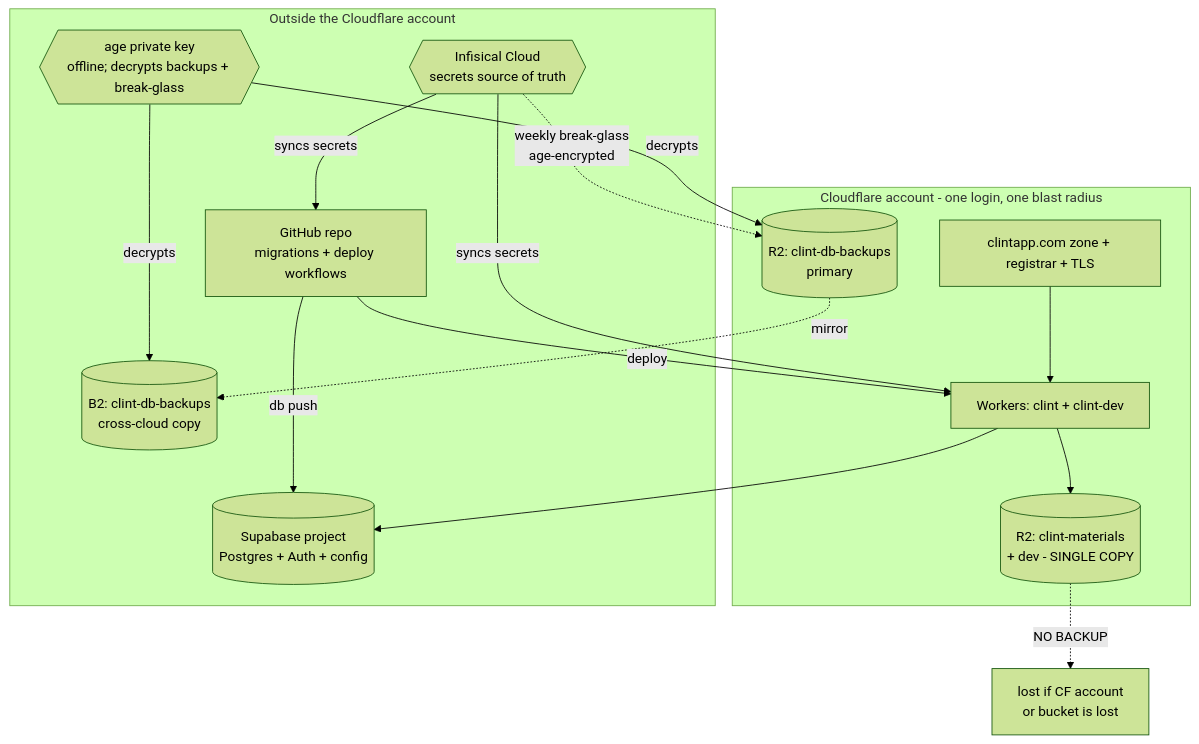
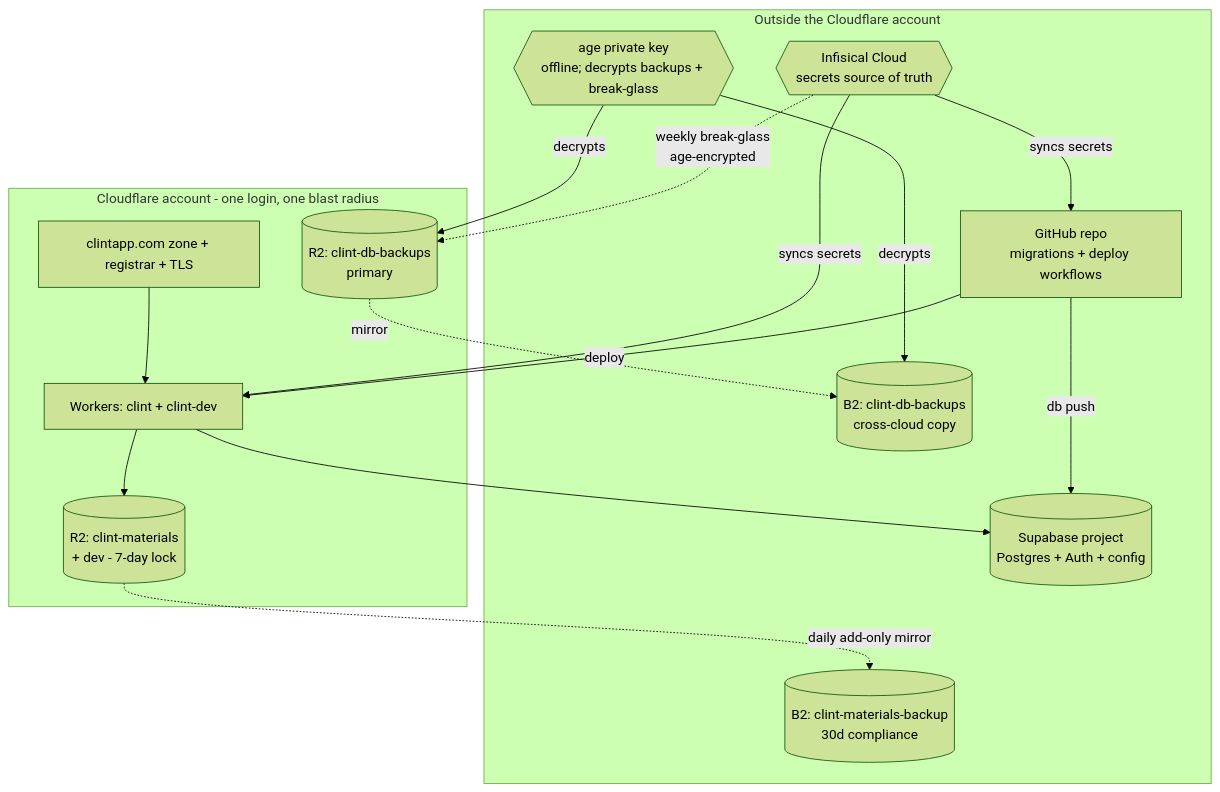
One commit to clint-org/clint changed the diagram in docs/runbook/14-disaster-recovery.md. Above: the diagram before and after it, drawn with Mermaid (forest theme). The commit also changed other lines of this file, not shown here.

Commit message:
docs(ws1): rewrite DR domain 2 to the materials immutability model

````diff
--- a/docs/runbook/14-disaster-recovery.md
+++ b/docs/runbook/14-disaster-recovery.md
@@ -75,28 +79,29 @@
 ```mermaid
 flowchart TD
   subgraph CF[Cloudflare account - one login, one blast radius]
     W[Workers: clint + clint-dev]
-    M[(R2: clint-materials<br/>+ dev - SINGLE COPY)]
+    M[(R2: clint-materials<br/>+ dev - 7-day lock)]
     RB[(R2: clint-db-backups<br/>primary)]
     DNS[clintapp.com zone + registrar + TLS]
   end
   subgraph OUT[Outside the Cloudflare account]
     B2[(B2: clint-db-backups<br/>cross-cloud copy)]
+    MB[(B2: clint-materials-backup<br/>30d compliance)]
     SB[(Supabase project<br/>Postgres + Auth + config)]
     GH[GitHub repo<br/>migrations + deploy workflows]
     AGE{{age private key<br/>offline; decrypts backups + break-glass}}
     INF{{Infisical Cloud<br/>secrets source of truth}}
   end
   W --> M
   W --> SB
   DNS --> W
   RB -. mirror .-> B2
+  M -. daily add-only mirror .-> MB
   GH -- deploy --> W
   GH -- db push --> SB
   INF -- syncs secrets --> W
   INF -- syncs secrets --> GH
   INF -. weekly break-glass<br/>age-encrypted .-> RB
   AGE -- decrypts --> RB
   AGE -- decrypts --> B2
-  M -. NO BACKUP .-> X[lost if CF account<br/>or bucket is lost]
 ```
````
